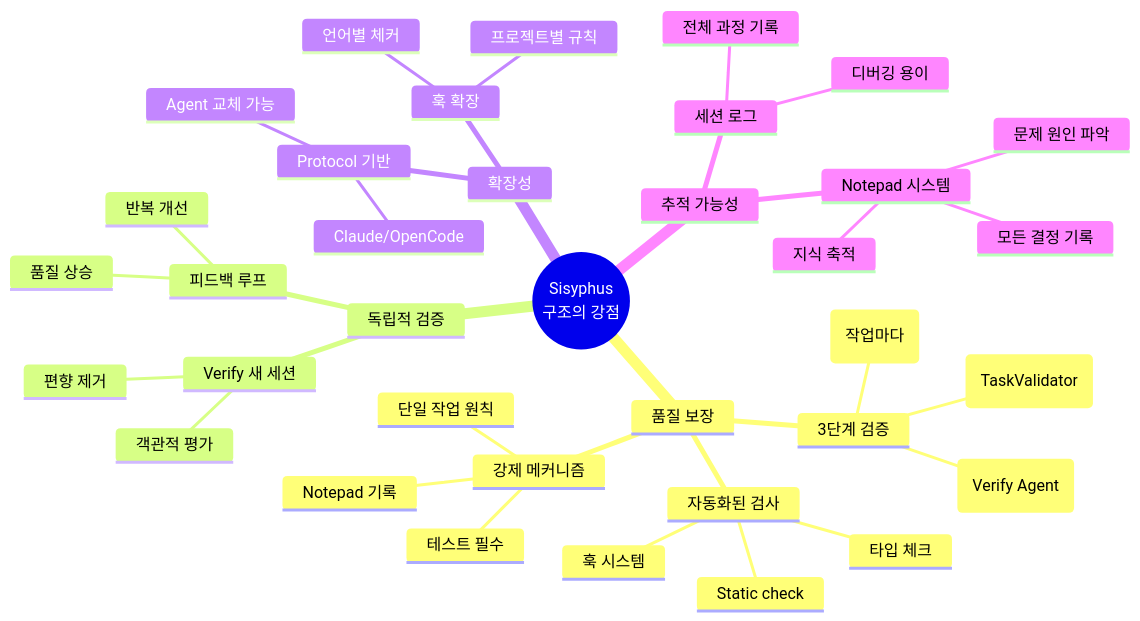
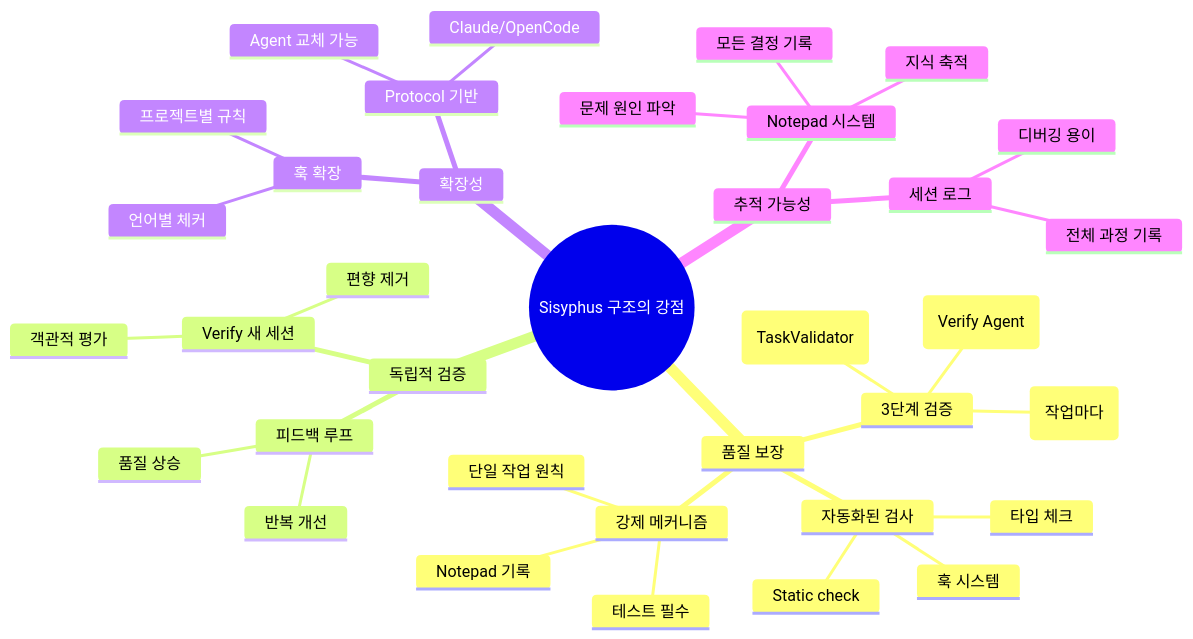
Before and after one commit to code-yeongyu/sisyphus-private: diagram 14 of 21 in flow-draft.md, drawn with Mermaid. The commit also changed other lines of this file and 150 other files, not shown here.

````diff
--- a/flow-draft.md
+++ b/flow-draft.md
@@ -992,43 +2276,43 @@
 ```mermaid
 mindmap
-  root((Sisyphus<br/>구조의 강점))
+  root((Sisyphus 구조의 강점))
 
     품질 보장
       3단계 검증
-        실시간 검증<br/>(작업마다)
-        완료 조건<br/>(TaskValidator)
-        최종 승인<br/>(Verify Agent)
+        실시간 검증 (작업마다)
+        완료 조건 (TaskValidator)
+        최종 승인 (Verify Agent)
       자동화된 검사
         훅 시스템
         Static check
         타입 체크
       강제 메커니즘
         단일 작업 원칙
         테스트 필수
         Notepad 기록
 
     독립적 검증
       Verify 새 세션
         편향 제거
         객관적 평가
       피드백 루프
         반복 개선
         품질 상승
 
     확장성
       Protocol 기반
         Agent 교체 가능
         Claude/OpenCode
       훅 확장
         언어별 체커
         프로젝트별 규칙
 
     추적 가능성
       Notepad 시스템
         모든 결정 기록
         문제 원인 파악
         지식 축적
       세션 로그
         전체 과정 기록
         디버깅 용이
 ```
````
